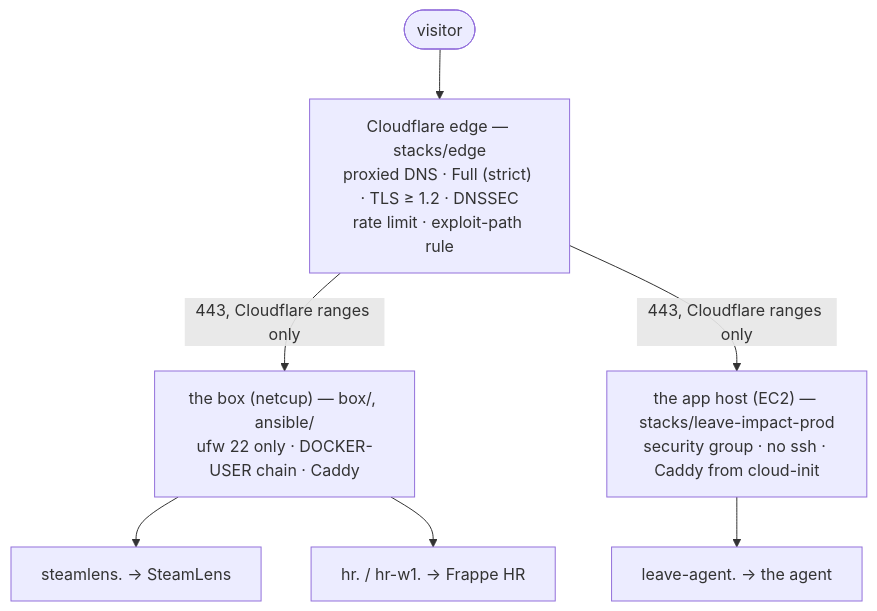
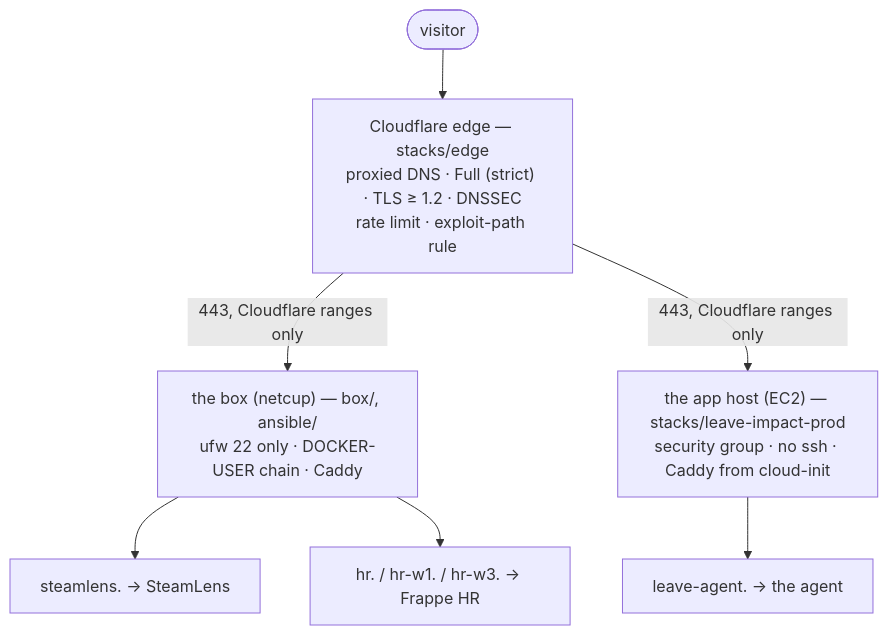
The diagram in README.md (arda-basarici/platform), drawn with Mermaid before and after one commit. The commit also changed other lines of this file and 7 other files, not shown here.

````diff
--- a/README.md
+++ b/README.md
@@ -69,14 +69,14 @@
 ```mermaid
 %%{init: {"flowchart": {"diagramPadding": 150}}}%%
 flowchart TD
     V([visitor]) --> CF["`Cloudflare edge — stacks/edge
     proxied DNS · Full (strict) · TLS ≥ 1.2 · DNSSEC
     rate limit · exploit-path rule`"]
     CF -->|"443, Cloudflare ranges only"| BOX["`the box (netcup) — box/, ansible/
     ufw 22 only · DOCKER-USER chain · Caddy`"]
     CF -->|"443, Cloudflare ranges only"| AWS["`the app host (EC2) — stacks/leave-impact-prod
     security group · no ssh · Caddy from cloud-init`"]
     BOX --> SL["steamlens. → SteamLens"]
-    BOX --> HR["hr. / hr-w1. → Frappe HR"]
+    BOX --> HR["hr. / hr-w1. / hr-w3. → Frappe HR"]
     AWS --> LA["leave-agent. → the agent"]
 ```
````
